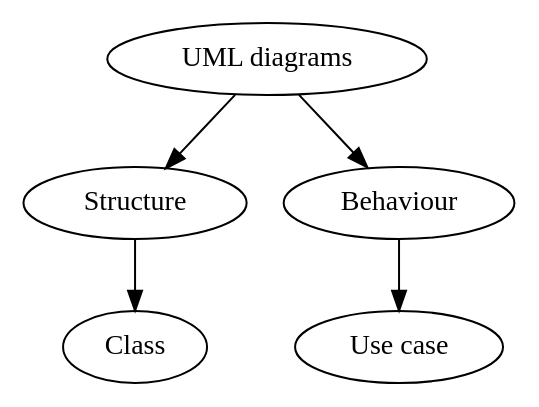
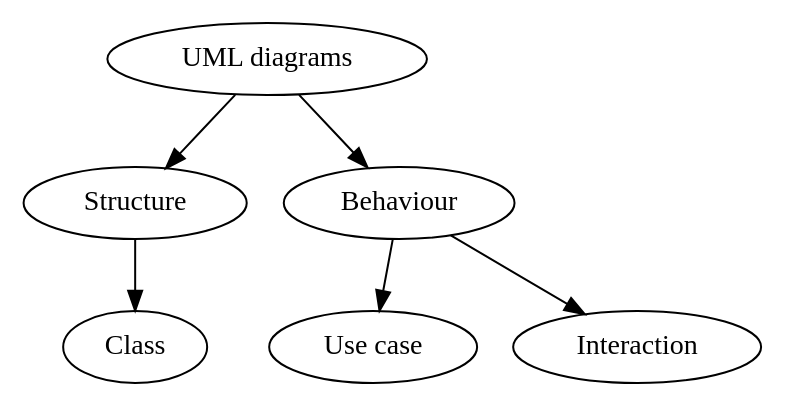
The first of 8 diagrams in doc/flowcharts.md (UPPMAX/programming_formalisms_intro), drawn with Graphviz before and after one commit.

````diff
--- a/doc/flowcharts.md
+++ b/doc/flowcharts.md
@@ -57,10 +57,10 @@
 ```{graphviz}
 digraph{
 "UML diagrams"
 Structure, Behaviour
 "UML diagrams" -> Structure
 "UML diagrams" -> Behaviour
 Structure -> Class
-Behaviour -> "Use case"
+Behaviour -> "Use case", Interaction
 }
 ```
````
